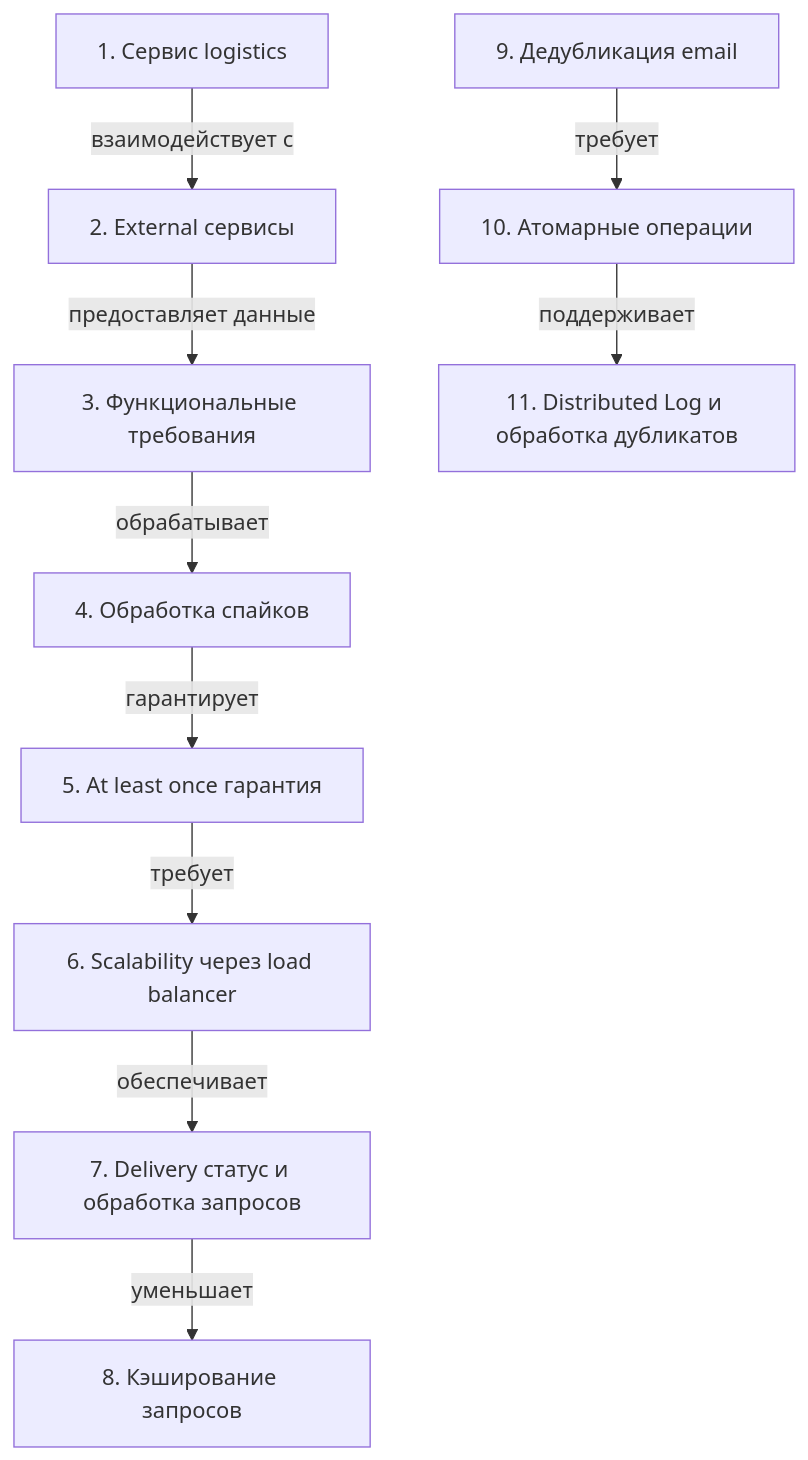
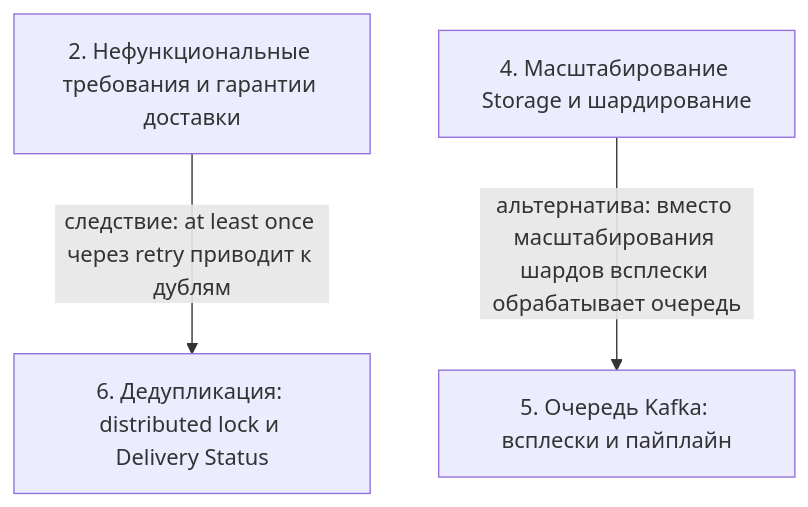
Before and after one commit to AsoloCode/notes: the diagram in SSL.BAND Систем Дизайн/08 - Как пройти system design интервью (от Andrii Bui) — four_video/notes.md, drawn with Mermaid. The commit also changed other lines of this file and 391 other files, not shown here.

````diff
--- a/SSL.BAND Систем Дизайн/08 - Как пройти system design интервью (от Andrii Bui) — four_video/notes.md
+++ b/SSL.BAND Систем Дизайн/08 - Как пройти system design интервью (от Andrii Bui) — four_video/notes.md
@@ -113,23 +87,9 @@
 ```mermaid
 flowchart TD
-    n1["1. Сервис logistics"]
-    n2["2. External сервисы"]
-    n3["3. Функциональные требования"]
-    n4["4. Обработка спайков"]
-    n5["5. At least once гарантия"]
-    n6["6. Scalability через load balancer"]
-    n7["7. Delivery статус и обработка запросов"]
-    n8["8. Кэширование запросов"]
-    n9["9. Дедубликация email"]
-    n10["10. Атомарные операции"]
-    n11["11. Distributed Log и обработка дубликатов"]
-    n1 -->|взаимодействует с| n2
-    n2 -->|предоставляет данные| n3
-    n3 -->|обрабатывает| n4
-    n4 -->|гарантирует| n5
-    n5 -->|требует| n6
-    n6 -->|обеспечивает| n7
-    n7 -->|уменьшает| n8
-    n9 -->|требует| n10
-    n10 -->|поддерживает| n11
+    n2["2. Нефункциональные требования и гарантии доставки"]
+    n4["4. Масштабирование Storage и шардирование"]
+    n5["5. Очередь Kafka: всплески и пайплайн"]
+    n6["6. Дедупликация: distributed lock и Delivery Status"]
+    n2 -->|следствие: at least once через retry приводит к дублям| n6
+    n4 -->|альтернатива: вместо масштабирования шардов всплески обрабатывает очередь| n5
 ```
````
